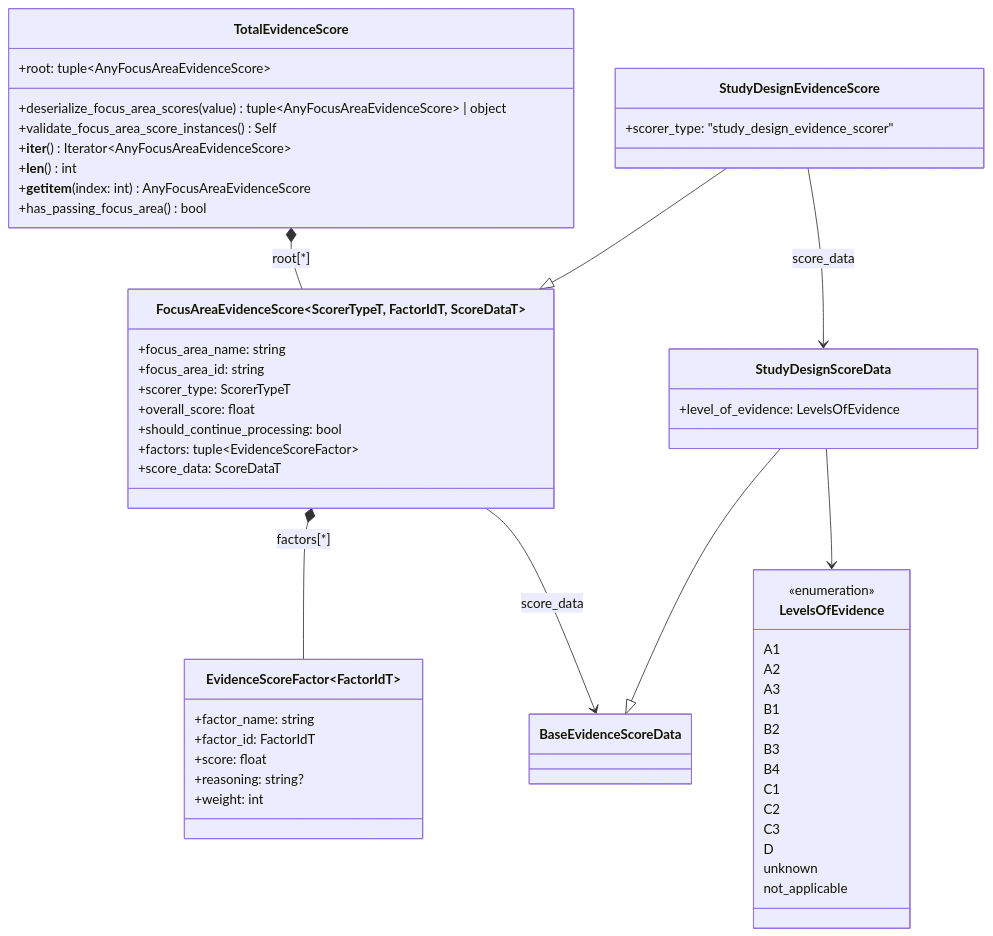
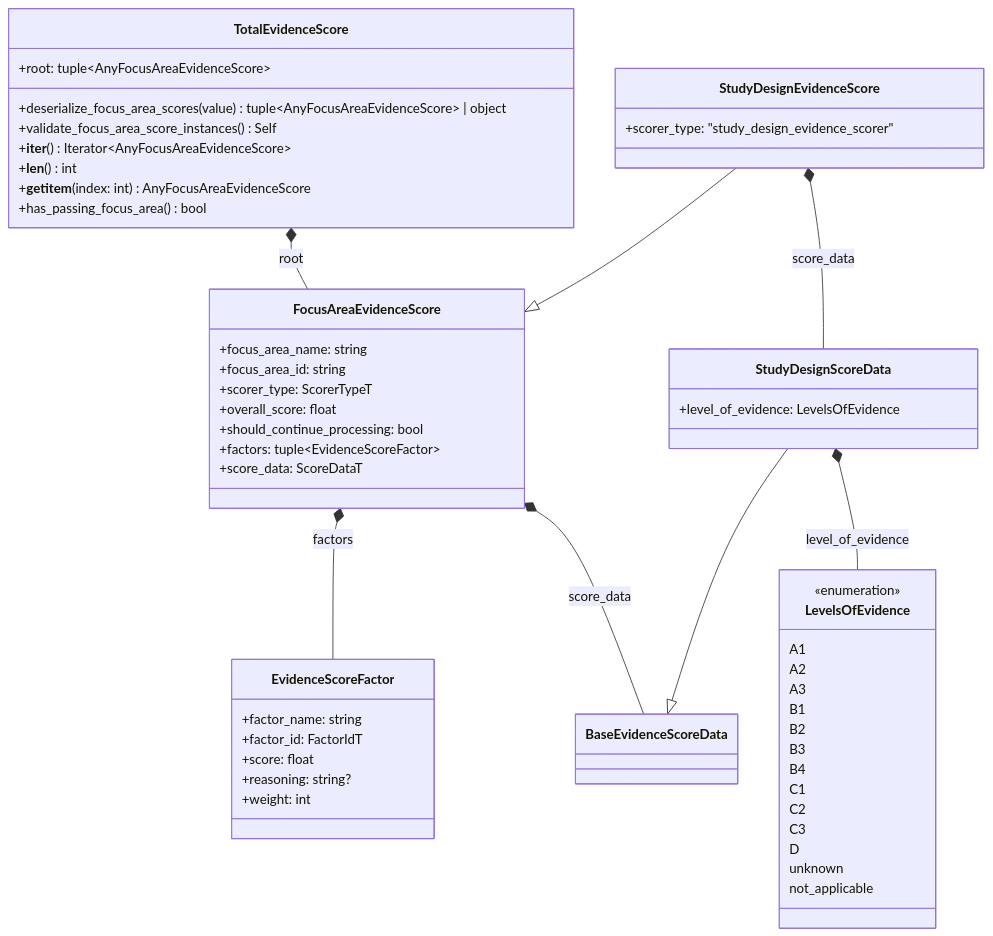
Before and after one commit to karlikpj/map-space: the diagram in src/models/total-evidence-score.mmd, drawn with Mermaid. The commit also changed 2 other files, not shown here.

```diff
--- a/src/models/total-evidence-score.mmd
+++ b/src/models/total-evidence-score.mmd
@@ -1,64 +1,64 @@
 classDiagram
     class TotalEvidenceScore {
         +root: tuple~AnyFocusAreaEvidenceScore~
         +deserialize_focus_area_scores(value) tuple~AnyFocusAreaEvidenceScore~ | object
         +validate_focus_area_score_instances() Self
         +__iter__() Iterator~AnyFocusAreaEvidenceScore~
         +__len__() int
         +__getitem__(index: int) AnyFocusAreaEvidenceScore
         +has_passing_focus_area() bool
     }
 
-    class FocusAreaEvidenceScore~ScorerTypeT, FactorIdT, ScoreDataT~ {
+    class FocusAreaEvidenceScore {
         +focus_area_name: string
         +focus_area_id: string
         +scorer_type: ScorerTypeT
         +overall_score: float
         +should_continue_processing: bool
         +factors: tuple~EvidenceScoreFactor~
         +score_data: ScoreDataT
     }
 
-    class EvidenceScoreFactor~FactorIdT~ {
+    class EvidenceScoreFactor {
         +factor_name: string
         +factor_id: FactorIdT
         +score: float
         +reasoning: string?
         +weight: int
     }
 
     class BaseEvidenceScoreData
 
     class StudyDesignEvidenceScore {
         +scorer_type: "study_design_evidence_scorer"
     }
 
     class StudyDesignScoreData {
         +level_of_evidence: LevelsOfEvidence
     }
 
     class LevelsOfEvidence {
         <<enumeration>>
         A1
         A2
         A3
         B1
         B2
         B3
         B4
         C1
         C2
         C3
         D
         unknown
         not_applicable
     }
 
-    TotalEvidenceScore *-- FocusAreaEvidenceScore : root[*]
-    FocusAreaEvidenceScore *-- EvidenceScoreFactor : factors[*]
-    FocusAreaEvidenceScore --> BaseEvidenceScoreData : score_data
+    TotalEvidenceScore *-- FocusAreaEvidenceScore : root
+    FocusAreaEvidenceScore *-- EvidenceScoreFactor : factors
+    FocusAreaEvidenceScore *-- BaseEvidenceScoreData : score_data
 
     StudyDesignEvidenceScore --|> FocusAreaEvidenceScore
+    StudyDesignEvidenceScore *-- StudyDesignScoreData : score_data
     StudyDesignScoreData --|> BaseEvidenceScoreData
-    StudyDesignEvidenceScore --> StudyDesignScoreData : score_data
-    StudyDesignScoreData --> LevelsOfEvidence
+    StudyDesignScoreData *-- LevelsOfEvidence : level_of_evidence
```
